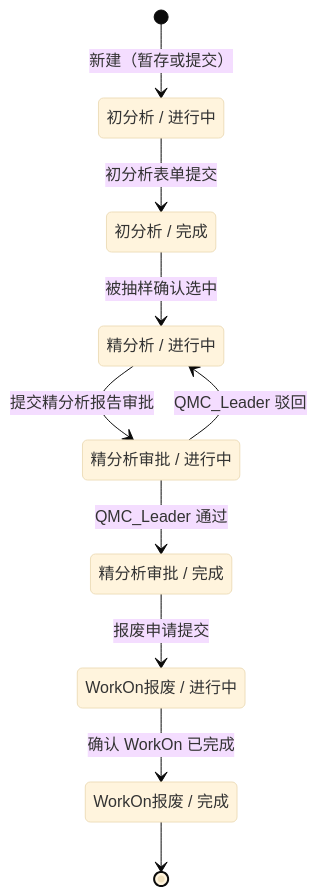
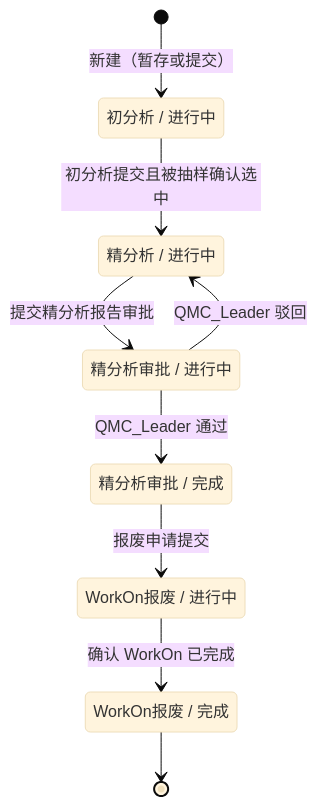
One commit to xvfeiran/wfam-doc changed the fifth of 12 diagrams in 开发设计文档.md. Above: the diagram before and after it, drawn with Mermaid (base theme). The commit also changed other lines of this file and 1 other file, not shown here.

First line of the commit message:
docs: merge 初分析/完成 into 精分析/进行中 (v1.5)

````diff
--- a/开发设计文档.md
+++ b/开发设计文档.md
@@ -403,20 +401,18 @@
 ```mermaid
 stateDiagram-v2
     state "初分析 / 进行中" as ia_ip
-    state "初分析 / 完成" as ia_done
     state "精分析 / 进行中" as da_ip
     state "精分析审批 / 进行中" as ap_ip
     state "精分析审批 / 完成" as ap_done
     state "WorkOn报废 / 进行中" as scrap_ip
     state "WorkOn报废 / 完成" as scrap_done
 
     [*] --> ia_ip: 新建（暂存或提交）
-    ia_ip --> ia_done: 初分析表单提交
-    ia_done --> da_ip: 被抽样确认选中
+    ia_ip --> da_ip: 初分析提交且被抽样确认选中
     da_ip --> ap_ip: 提交精分析报告审批
     ap_ip --> da_ip: QMC_Leader 驳回
     ap_ip --> ap_done: QMC_Leader 通过
     ap_done --> scrap_ip: 报废申请提交
     scrap_ip --> scrap_done: 确认 WorkOn 已完成
     scrap_done --> [*]
 ```
````
